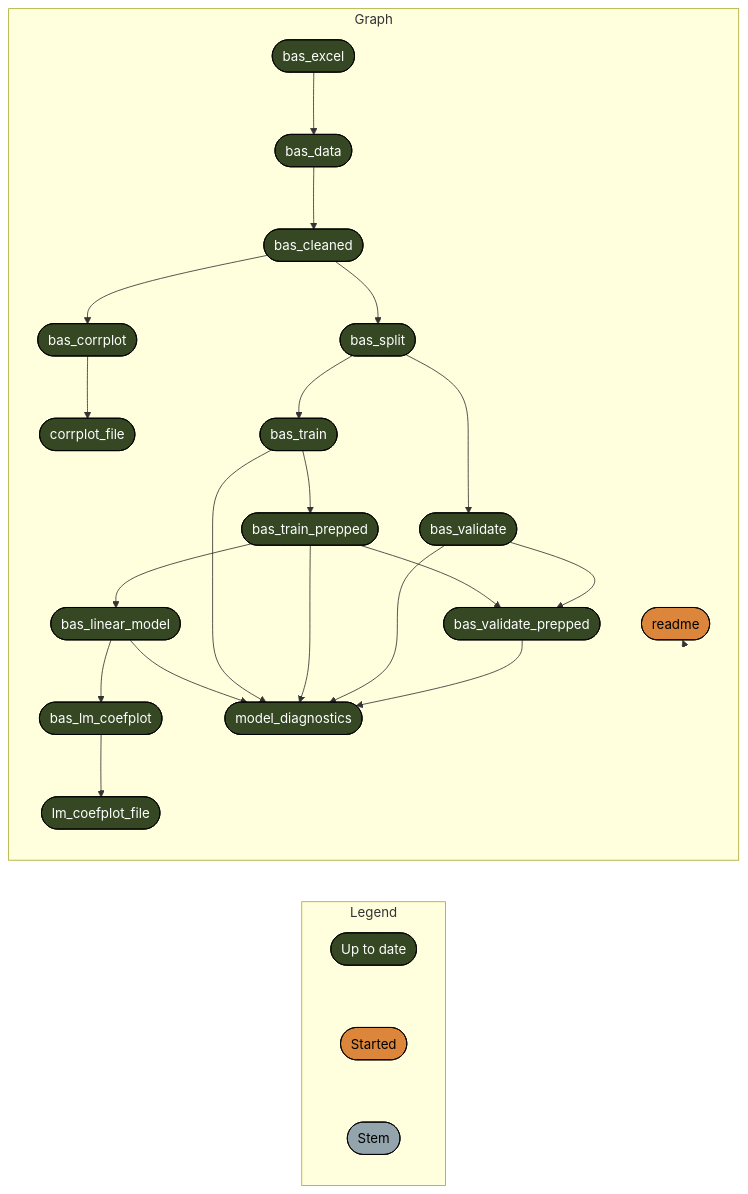
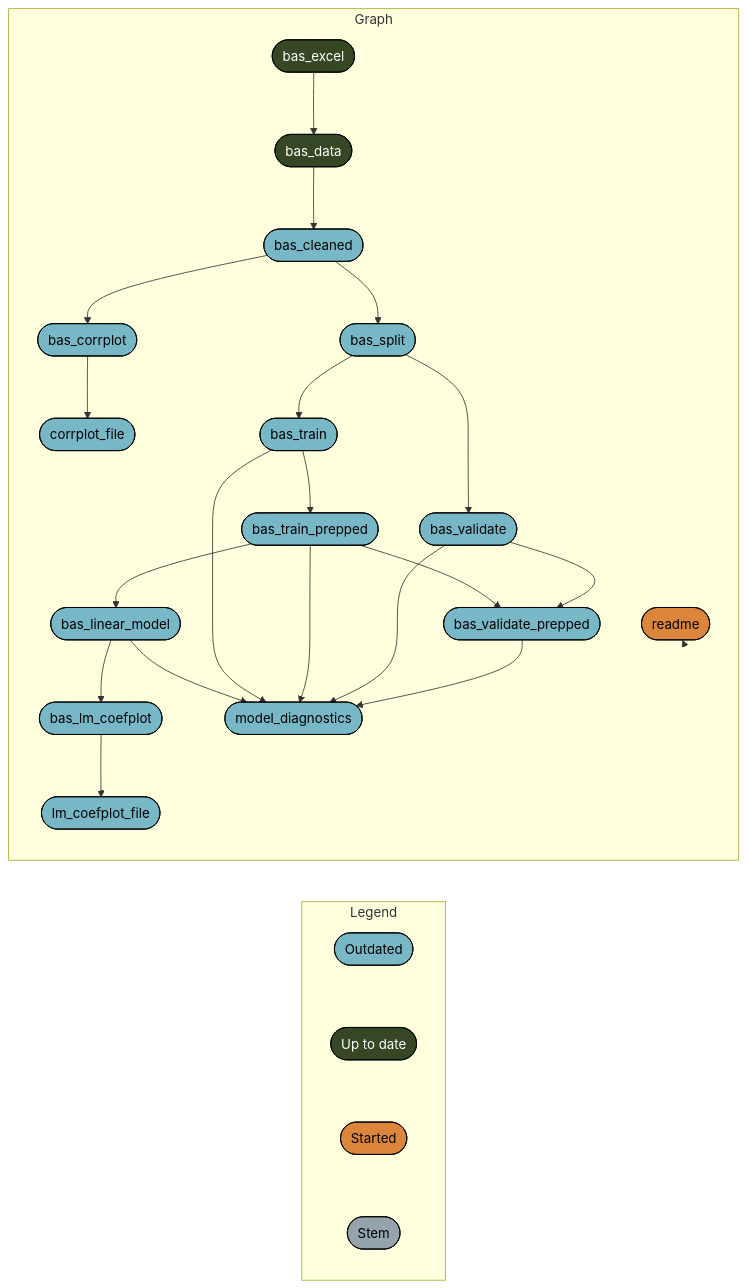
The diagram in README.md (ecohealthalliance/mpx-diagnosis), drawn with Mermaid before and after one commit. The commit also changed other lines of this file and 4 other files, not shown here.

````diff
--- a/README.md
+++ b/README.md
@@ -45,34 +54,37 @@
 ``` mermaid
 graph LR
   subgraph Legend
+    x0a52b03877696646([""Outdated""]):::outdated --- x7420bd9270f8d27d([""Up to date""]):::uptodate
     x7420bd9270f8d27d([""Up to date""]):::uptodate --- x5b3426b4c7fa7dbc([""Started""]):::started
     x5b3426b4c7fa7dbc([""Started""]):::started --- xbf4603d6c2c2ad6b([""Stem""]):::none
   end
   subgraph Graph
-    x608f26fc87c17c04(["bas_corrplot"]):::uptodate --> xea144c390a1e3213(["corrplot_file"]):::uptodate
-    xe22e80ea1c77ed8b(["bas_train_prepped"]):::uptodate --> x12e75493b9005333(["bas_validate_prepped"]):::uptodate
-    xc9200d108e1b2a66(["bas_validate"]):::uptodate --> x12e75493b9005333(["bas_validate_prepped"]):::uptodate
+    x608f26fc87c17c04(["bas_corrplot"]):::outdated --> xea144c390a1e3213(["corrplot_file"]):::outdated
+    xe22e80ea1c77ed8b(["bas_train_prepped"]):::outdated --> x12e75493b9005333(["bas_validate_prepped"]):::outdated
+    xc9200d108e1b2a66(["bas_validate"]):::outdated --> x12e75493b9005333(["bas_validate_prepped"]):::outdated
     x2a8bb2bae1240fcd(["bas_excel"]):::uptodate --> x4b217d550d08ada0(["bas_data"]):::uptodate
-    x3e4c5a69e5aaafdc(["bas_split"]):::uptodate --> xc9200d108e1b2a66(["bas_validate"]):::uptodate
-    x4b217d550d08ada0(["bas_data"]):::uptodate --> x1bf6c3824c366cb1(["bas_cleaned"]):::uptodate
-    xdb35712610fbc604(["bas_linear_model"]):::uptodate --> x79fe21176be90f97(["bas_lm_coefplot"]):::uptodate
-    xb8aa5e15e9f1f7b2(["bas_train"]):::uptodate --> xe22e80ea1c77ed8b(["bas_train_prepped"]):::uptodate
-    x1bf6c3824c366cb1(["bas_cleaned"]):::uptodate --> x3e4c5a69e5aaafdc(["bas_split"]):::uptodate
-    x3e4c5a69e5aaafdc(["bas_split"]):::uptodate --> xb8aa5e15e9f1f7b2(["bas_train"]):::uptodate
-    xdb35712610fbc604(["bas_linear_model"]):::uptodate --> x1e7dc8900c0252af(["model_diagnostics"]):::uptodate
-    xb8aa5e15e9f1f7b2(["bas_train"]):::uptodate --> x1e7dc8900c0252af(["model_diagnostics"]):::uptodate
-    xe22e80ea1c77ed8b(["bas_train_prepped"]):::uptodate --> x1e7dc8900c0252af(["model_diagnostics"]):::uptodate
-    xc9200d108e1b2a66(["bas_validate"]):::uptodate --> x1e7dc8900c0252af(["model_diagnostics"]):::uptodate
-    x12e75493b9005333(["bas_validate_prepped"]):::uptodate --> x1e7dc8900c0252af(["model_diagnostics"]):::uptodate
-    x79fe21176be90f97(["bas_lm_coefplot"]):::uptodate --> xf8bd9369e68bca9a(["lm_coefplot_file"]):::uptodate
-    x1bf6c3824c366cb1(["bas_cleaned"]):::uptodate --> x608f26fc87c17c04(["bas_corrplot"]):::uptodate
-    xe22e80ea1c77ed8b(["bas_train_prepped"]):::uptodate --> xdb35712610fbc604(["bas_linear_model"]):::uptodate
+    x3e4c5a69e5aaafdc(["bas_split"]):::outdated --> xc9200d108e1b2a66(["bas_validate"]):::outdated
+    x4b217d550d08ada0(["bas_data"]):::uptodate --> x1bf6c3824c366cb1(["bas_cleaned"]):::outdated
+    xdb35712610fbc604(["bas_linear_model"]):::outdated --> x79fe21176be90f97(["bas_lm_coefplot"]):::outdated
+    xb8aa5e15e9f1f7b2(["bas_train"]):::outdated --> xe22e80ea1c77ed8b(["bas_train_prepped"]):::outdated
+    x1bf6c3824c366cb1(["bas_cleaned"]):::outdated --> x3e4c5a69e5aaafdc(["bas_split"]):::outdated
+    x3e4c5a69e5aaafdc(["bas_split"]):::outdated --> xb8aa5e15e9f1f7b2(["bas_train"]):::outdated
+    xdb35712610fbc604(["bas_linear_model"]):::outdated --> x1e7dc8900c0252af(["model_diagnostics"]):::outdated
+    xb8aa5e15e9f1f7b2(["bas_train"]):::outdated --> x1e7dc8900c0252af(["model_diagnostics"]):::outdated
+    xe22e80ea1c77ed8b(["bas_train_prepped"]):::outdated --> x1e7dc8900c0252af(["model_diagnostics"]):::outdated
+    xc9200d108e1b2a66(["bas_validate"]):::outdated --> x1e7dc8900c0252af(["model_diagnostics"]):::outdated
+    x12e75493b9005333(["bas_validate_prepped"]):::outdated --> x1e7dc8900c0252af(["model_diagnostics"]):::outdated
+    x79fe21176be90f97(["bas_lm_coefplot"]):::outdated --> xf8bd9369e68bca9a(["lm_coefplot_file"]):::outdated
+    x1bf6c3824c366cb1(["bas_cleaned"]):::outdated --> x608f26fc87c17c04(["bas_corrplot"]):::outdated
+    xe22e80ea1c77ed8b(["bas_train_prepped"]):::outdated --> xdb35712610fbc604(["bas_linear_model"]):::outdated
     x6e52cb0f1668cc22(["readme"]):::started --> x6e52cb0f1668cc22(["readme"]):::started
   end
+  classDef outdated stroke:#000000,color:#000000,fill:#78B7C5;
   classDef uptodate stroke:#000000,color:#ffffff,fill:#354823;
   classDef started stroke:#000000,color:#000000,fill:#DC863B;
   classDef none stroke:#000000,color:#000000,fill:#94a4ac;
   linkStyle 0 stroke-width:0px;
   linkStyle 1 stroke-width:0px;
-  linkStyle 20 stroke-width:0px;
+  linkStyle 2 stroke-width:0px;
+  linkStyle 21 stroke-width:0px;
 ```
````
